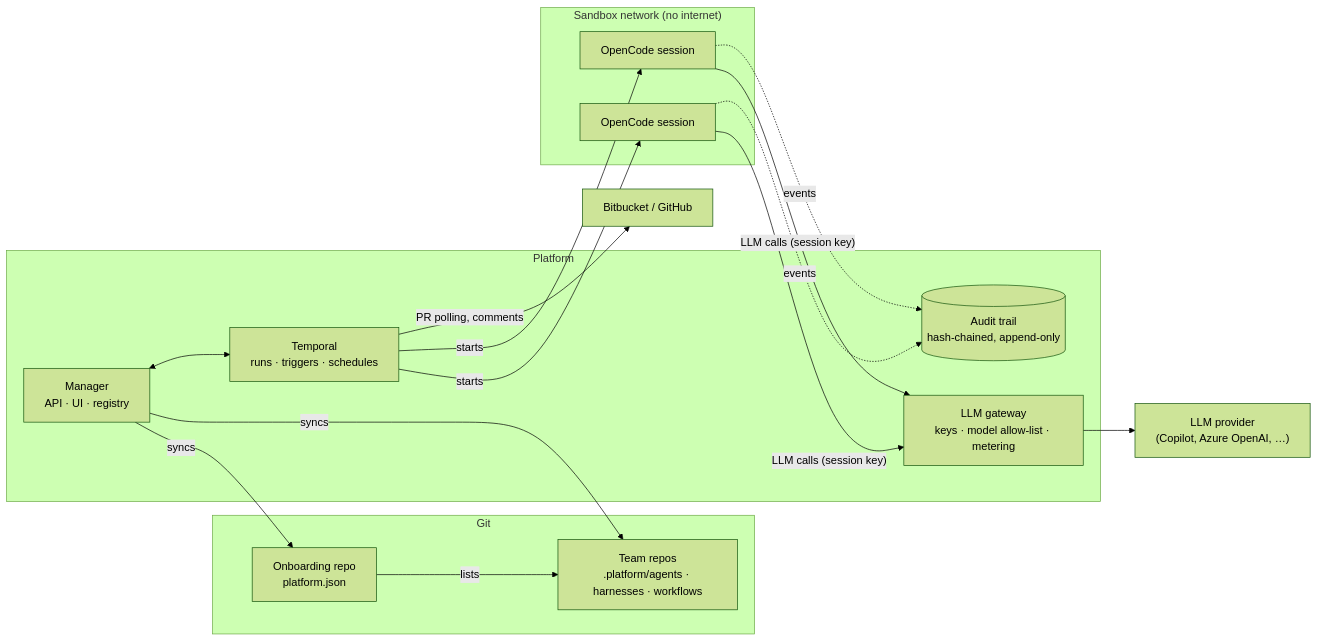
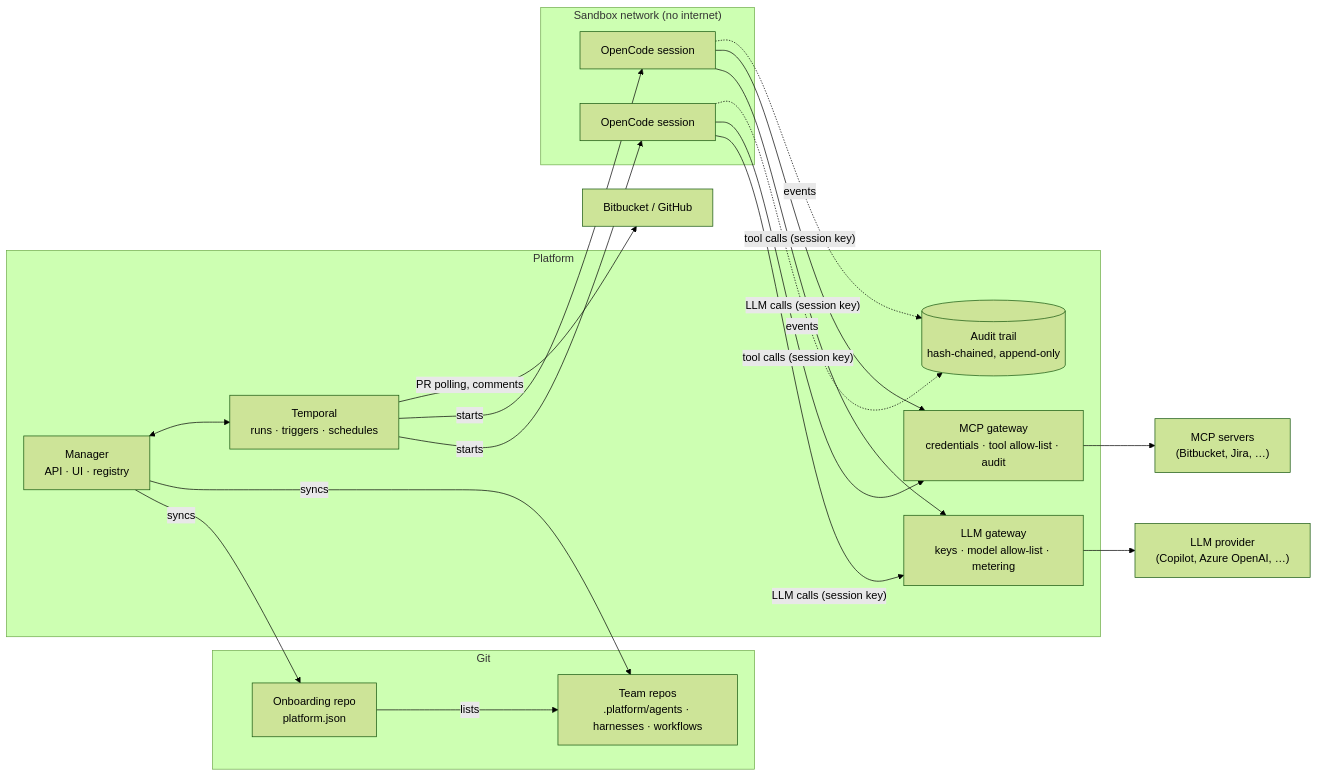
The first of 4 diagrams in README.md (alpha-prosoft/opencode-manager), drawn with Mermaid (forest theme) before and after one commit. The commit also changed other lines of this file and 8 other files, not shown here.

````diff
--- a/README.md
+++ b/README.md
@@ -8,27 +44,30 @@
 ```mermaid
 flowchart LR
     subgraph git["Git"]
         onboarding["Onboarding repo<br/>platform.json"]
         teamrepo["Team repos<br/>.platform/agents · harnesses · workflows"]
     end
     subgraph platform["Platform"]
         manager["Manager<br/>API · UI · registry"]
         temporal["Temporal<br/>runs · triggers · schedules"]
         gateway["LLM gateway<br/>keys · model allow-list · metering"]
+        mcpgw["MCP gateway<br/>credentials · tool allow-list · audit"]
         audit[("Audit trail<br/>hash-chained, append-only")]
     end
     subgraph sandbox["Sandbox network (no internet)"]
         s1["OpenCode session"]
         s2["OpenCode session"]
     end
     llm["LLM provider<br/>(Copilot, Azure OpenAI, …)"]
+    tools["MCP servers<br/>(Bitbucket, Jira, …)"]
     scm["Bitbucket / GitHub"]
 
     onboarding -- lists --> teamrepo
     manager -- syncs --> onboarding & teamrepo
     manager <--> temporal
     temporal -- starts --> s1 & s2
     s1 & s2 -- "LLM calls (session key)" --> gateway --> llm
+    s1 & s2 -- "tool calls (session key)" --> mcpgw --> tools
     s1 & s2 -. "events" .-> audit
     temporal -- "PR polling, comments" --> scm
 ```
````
